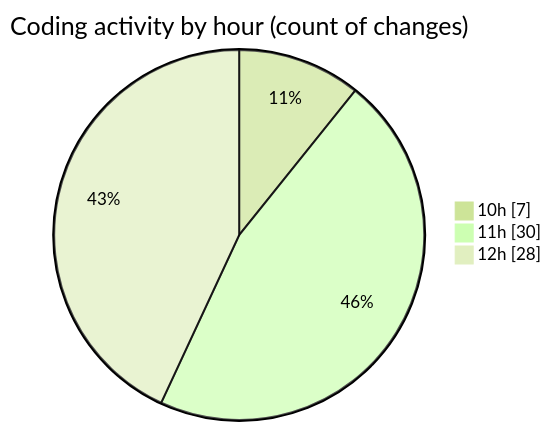
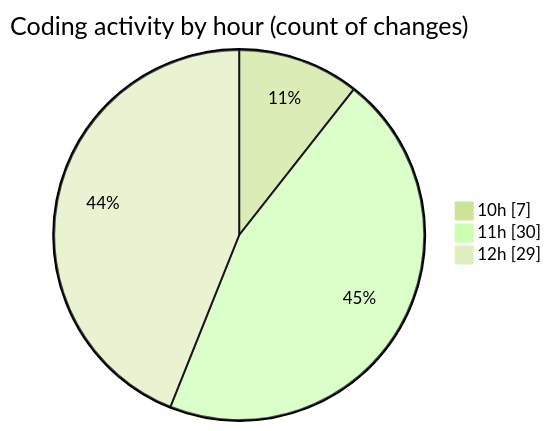
Before and after one commit to momahboobian/code-tracking: the second of 2 diagrams in 2025-06-26/cda/README.md, drawn with Mermaid (forest theme). The commit also changed other lines of this file and 1 other file, not shown here.

````diff
--- a/2025-06-26/cda/README.md
+++ b/2025-06-26/cda/README.md
@@ -34,7 +34,7 @@
 ```mermaid
 pie showData
 title Coding activity by hour (count of changes)
 "10h" : 7
 "11h" : 30
-"12h" : 28
+"12h" : 29
 ```
````
